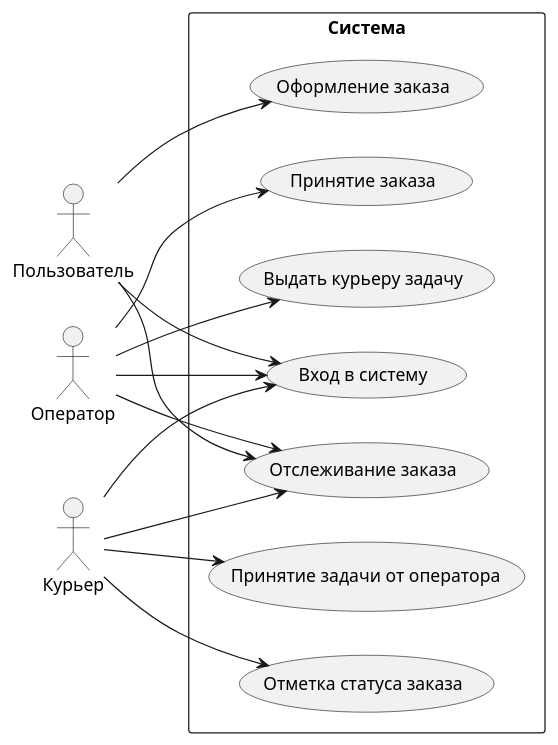
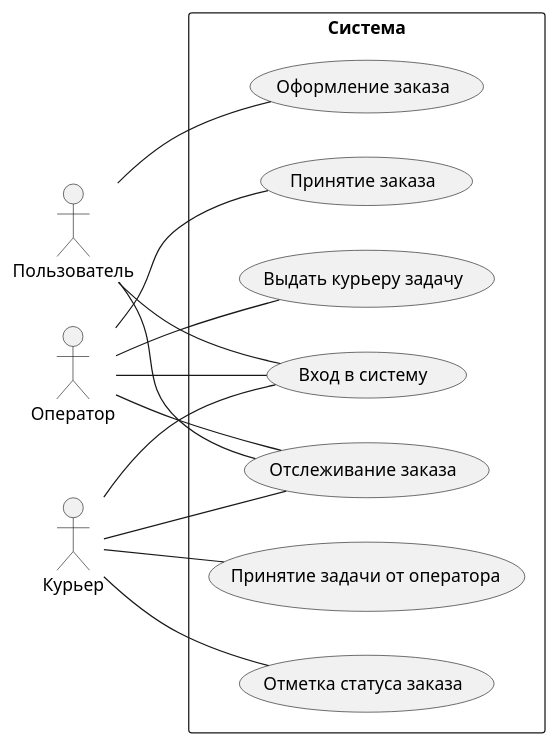
The diagram in src/main/resources/usecase.puml (hamstez/bd), drawn with PlantUML before and after one commit. The commit also changed 1 other file, not shown here.

Commit message:
Изменены файлы plantuml.png, usecase.puml

```diff
--- a/src/main/resources/usecase.puml
+++ b/src/main/resources/usecase.puml
@@ -1,27 +1,27 @@
-@startuml
+@startuml bd
 left to right direction
 skinparam packageStyle rectangle
 actor "Пользователь" as User
 actor "Оператор" as Oper
 actor "Курьер" as Cour
 package "Система" {
 usecase "Вход в систему" as uc_login
 usecase "Отслеживание заказа" as uc_track
 usecase "Оформление заказа" as uc_order
 usecase "Выдать курьеру задачу" as uc_task
 usecase "Принятие заказа" as uc_accept
 usecase "Отметка статуса заказа" as uc_point
 usecase "Принятие задачи от оператора" as uc_taskfromoper
 }
-User --> uc_login
-User --> uc_track
-User --> uc_order
-Oper --> uc_login
-Oper --> uc_track
-Oper --> uc_task
-Oper --> uc_accept
-Cour --> uc_login
-Cour --> uc_track
-Cour --> uc_point
-Cour --> uc_taskfromoper
+User -- uc_login
+User -- uc_track
+User -- uc_order
+Oper -- uc_login
+Oper -- uc_track
+Oper -- uc_task
+Oper -- uc_accept
+Cour -- uc_login
+Cour -- uc_track
+Cour -- uc_point
+Cour -- uc_taskfromoper
 @enduml
```
